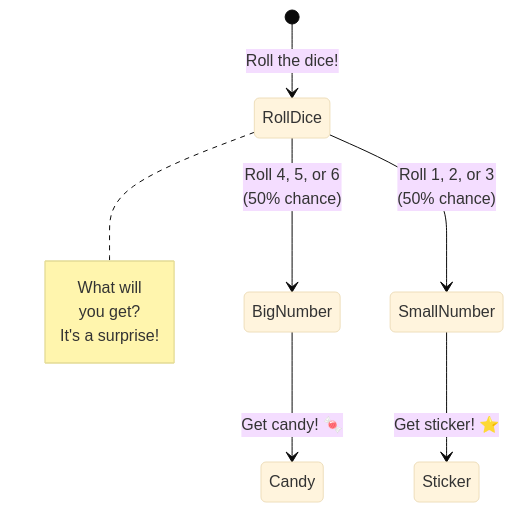
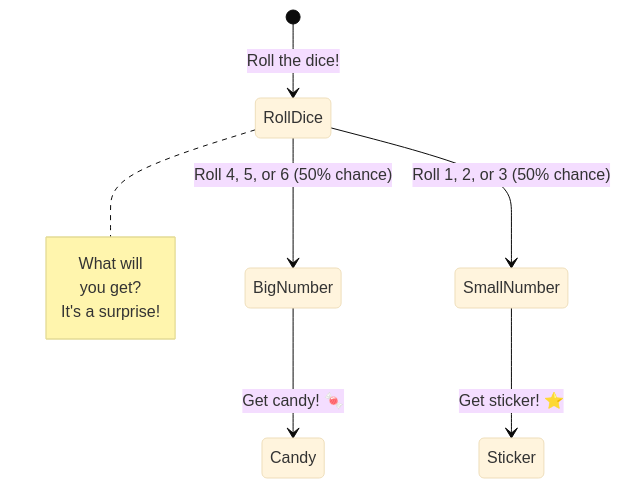
The fourth of 6 diagrams in research/ai_futures/eli/5_years_old.md (bhi5hmaraj/ai-risk-ttx), drawn with Mermaid (base theme) before and after one commit. The commit also changed other lines of this file and 8 other files, not shown here.

First line of the commit message:
fix: Remove all <br/> tags from Mermaid diagrams and add validation

````diff
--- a/research/ai_futures/eli/5_years_old.md
+++ b/research/ai_futures/eli/5_years_old.md
@@ -126,16 +126,16 @@
 ```mermaid
 stateDiagram-v2
     [*] --> RollDice: Roll the dice!
 
-    RollDice --> BigNumber: Roll 4, 5, or 6<br/>(50% chance)
-    RollDice --> SmallNumber: Roll 1, 2, or 3<br/>(50% chance)
+    RollDice --> BigNumber: Roll 4, 5, or 6 (50% chance)
+    RollDice --> SmallNumber: Roll 1, 2, or 3 (50% chance)
 
     BigNumber --> Candy: Get candy! 🍬
     SmallNumber --> Sticker: Get sticker! ⭐
 
     note right of RollDice
         What will
         you get?
         It's a surprise!
     end note
 ```
````
